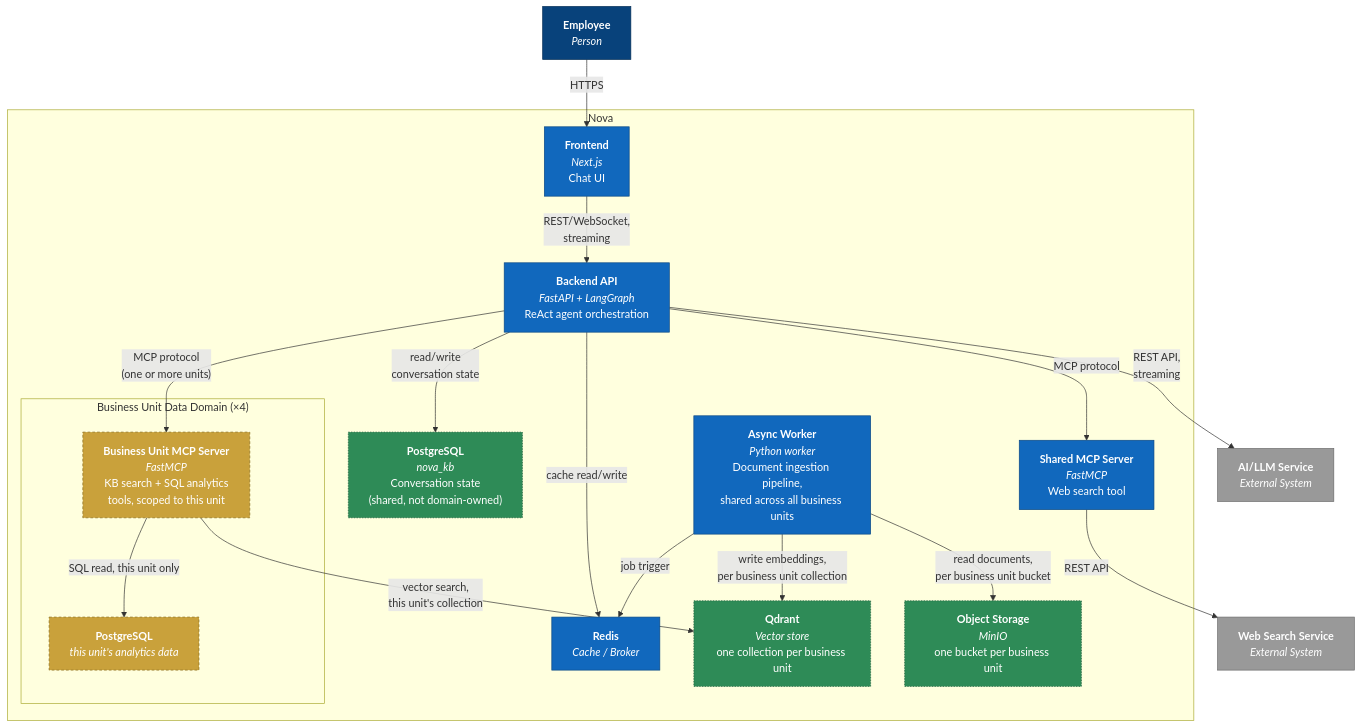
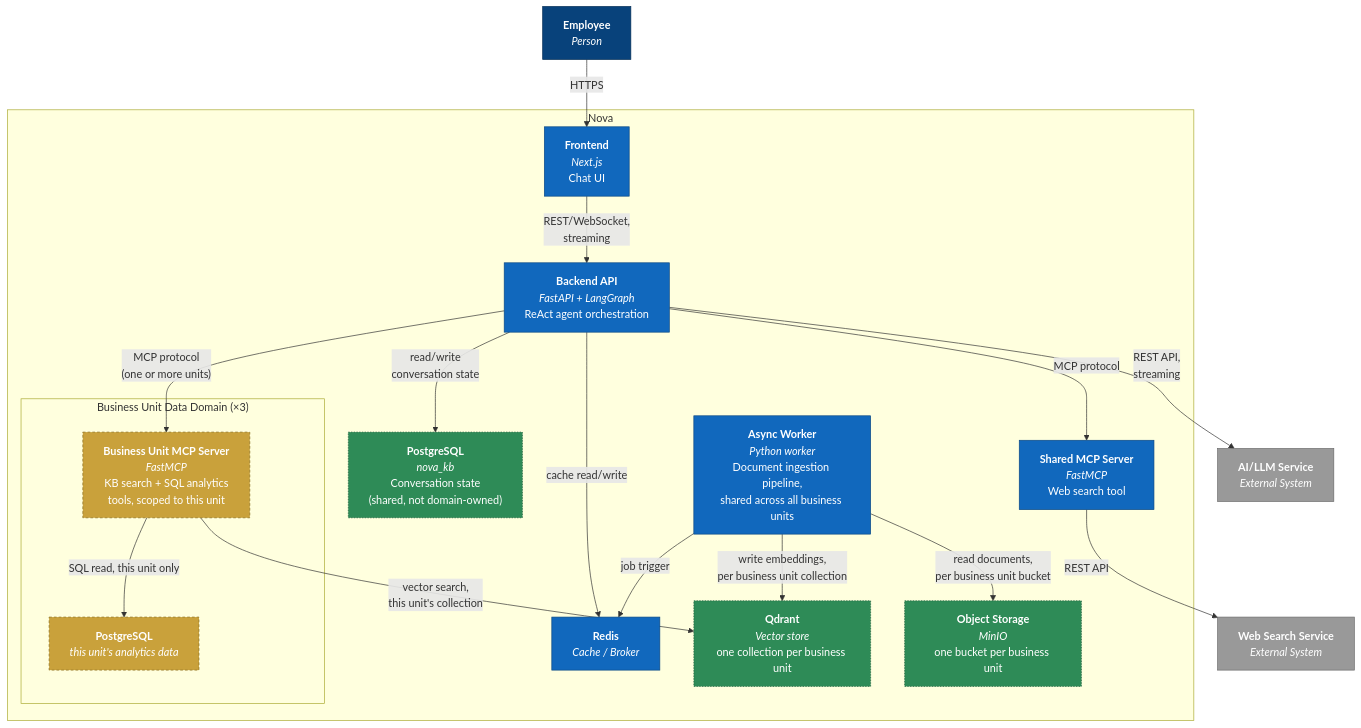
Before and after one commit to maulairfani/nova: the second of 9 diagrams in documents/technical-design-document.md, drawn with Mermaid. The commit also changed other lines of this file and 4 other files, not shown here.

First line of the commit message:
Correct business-unit model: MCN+ streaming and shorts are one unit

````diff
--- a/documents/technical-design-document.md
+++ b/documents/technical-design-document.md
@@ -291,50 +296,50 @@
 ```mermaid
 flowchart TB
     Employee["<b>Employee</b><br/><i>Person</i>"]
 
     subgraph Nova["Nova"]
         Frontend["<b>Frontend</b><br/><i>Next.js</i><br/>Chat UI"]
         BackendAPI["<b>Backend API</b><br/><i>FastAPI + LangGraph</i><br/>ReAct agent orchestration"]
 
-        subgraph BU["Business Unit Data Domain (×4)"]
+        subgraph BU["Business Unit Data Domain (×3)"]
             BUMcp["<b>Business Unit MCP Server</b><br/><i>FastMCP</i><br/>KB search + SQL analytics<br/>tools, scoped to this unit"]
             BUDb["<b>PostgreSQL</b><br/><i>this unit's analytics data</i>"]
         end
 
         SharedMcp["<b>Shared MCP Server</b><br/><i>FastMCP</i><br/>Web search tool"]
         Redis["<b>Redis</b><br/><i>Cache / Broker</i>"]
         AsyncWorker["<b>Async Worker</b><br/><i>Python worker</i><br/>Document ingestion pipeline,<br/>shared across all business units"]
         KBDB["<b>PostgreSQL</b><br/><i>nova_kb</i><br/>Conversation state<br/>(shared, not domain-owned)"]
         Qdrant["<b>Qdrant</b><br/><i>Vector store</i><br/>one collection per business unit"]
         ObjectStorage["<b>Object Storage</b><br/><i>MinIO</i><br/>one bucket per business unit"]
     end
 
     LLM["<b>AI/LLM Service</b><br/><i>External System</i>"]
     WebSearch["<b>Web Search Service</b><br/><i>External System</i>"]
 
     Employee -->|HTTPS| Frontend
     Frontend -->|"REST/WebSocket,<br/>streaming"| BackendAPI
     BackendAPI -->|"MCP protocol<br/>(one or more units)"| BUMcp
     BackendAPI -->|MCP protocol| SharedMcp
     BackendAPI -->|"REST API,<br/>streaming"| LLM
     BackendAPI -->|cache read/write| Redis
     BackendAPI -->|"read/write<br/>conversation state"| KBDB
     BUMcp -->|SQL read, this unit only| BUDb
     BUMcp -->|"vector search,<br/>this unit's collection"| Qdrant
     SharedMcp -->|REST API| WebSearch
     AsyncWorker -->|job trigger| Redis
     AsyncWorker -->|"read documents,<br/>per business unit bucket"| ObjectStorage
     AsyncWorker -->|"write embeddings,<br/>per business unit collection"| Qdrant
 
     classDef person fill:#08427b,color:#fff,stroke:#052e56
     classDef system fill:#1168bd,color:#fff,stroke:#0b4884
     classDef domainOwned fill:#c9a13b,color:#fff,stroke:#8a6d1f,stroke-dasharray: 4 3
     classDef partitioned fill:#2e8b57,color:#fff,stroke:#1c5c38,stroke-dasharray: 2 2
     classDef external fill:#999999,color:#fff,stroke:#6b6b6b
 
     class Employee person
     class Frontend,BackendAPI,SharedMcp,Redis,AsyncWorker system
     class BUMcp,BUDb domainOwned
     class KBDB,Qdrant,ObjectStorage partitioned
     class LLM,WebSearch external
 ```
````
